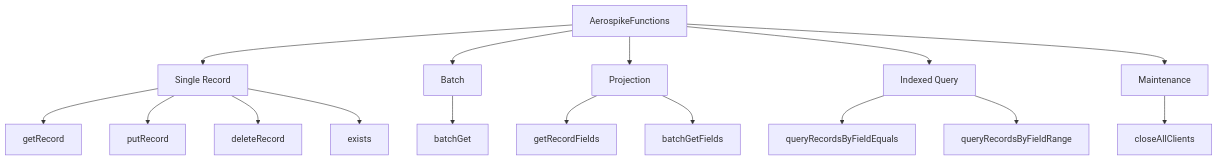
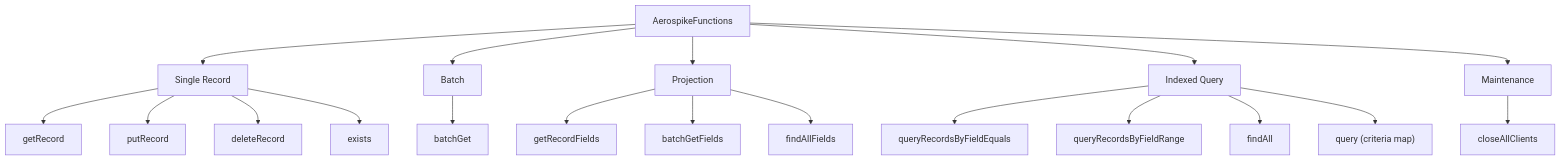
Before and after one commit to DileepJexpert/Aerospike-Connector: the fourth of 6 diagrams in docs/AEROSPIKE-CLIENT-LIB-ARCHITECTURE.md, drawn with Mermaid. The commit also changed other lines of this file and 7 other files, not shown here.

First line of the commit message:
Add findAll and flexible criteria query for Mule teams

````diff
--- a/docs/AEROSPIKE-CLIENT-LIB-ARCHITECTURE.md
+++ b/docs/AEROSPIKE-CLIENT-LIB-ARCHITECTURE.md
@@ -182,23 +182,26 @@
 ```mermaid
 flowchart TD
     A["AerospikeFunctions"] --> B["Single Record"]
     A --> C["Batch"]
     A --> D["Projection"]
     A --> E["Indexed Query"]
     A --> F["Maintenance"]
 
     B --> B1["getRecord"]
     B --> B2["putRecord"]
     B --> B3["deleteRecord"]
     B --> B4["exists"]
 
     C --> C1["batchGet"]
 
     D --> D1["getRecordFields"]
     D --> D2["batchGetFields"]
+    D --> D3["findAllFields"]
 
     E --> E1["queryRecordsByFieldEquals"]
     E --> E2["queryRecordsByFieldRange"]
+    E --> E3["findAll"]
+    E --> E4["query (criteria map)"]
 
     F --> F1["closeAllClients"]
 ```
````
